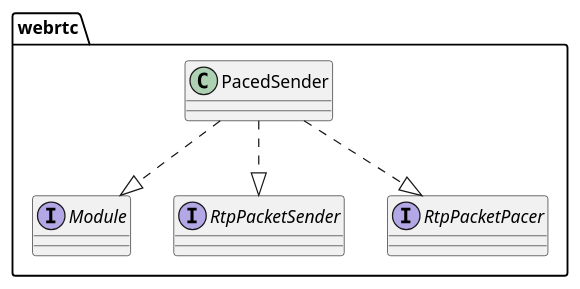
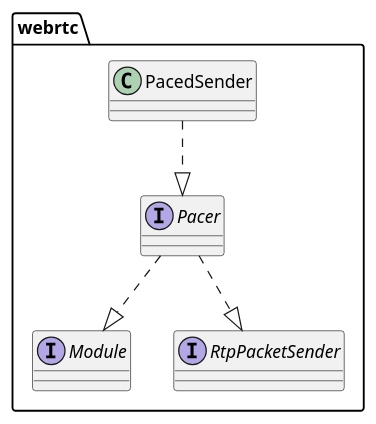
Before and after one commit to mingxin505/webrtcNote: the seventh of 8 diagrams in webrtc_chrome/modules.md, drawn with PlantUML. The commit also changed other lines of this file and 7 other files, not shown here.

````diff
--- a/webrtc_chrome/modules.md
+++ b/webrtc_chrome/modules.md
@@ -128,10 +152,11 @@
 ```plantuml
+title ""
 package webrtc {
     interface Module
+    interface Pacer
     interface RtpPacketSender
-    interface RtpPacketPacer
-    PacedSender ..|> Module
-    PacedSender ..|> RtpPacketSender
-    PacedSender ..|> RtpPacketPacer
+    Pacer ..|> Module
+    Pacer ..|> RtpPacketSender
+    PacedSender ..|> Pacer
 }
 ```
````
